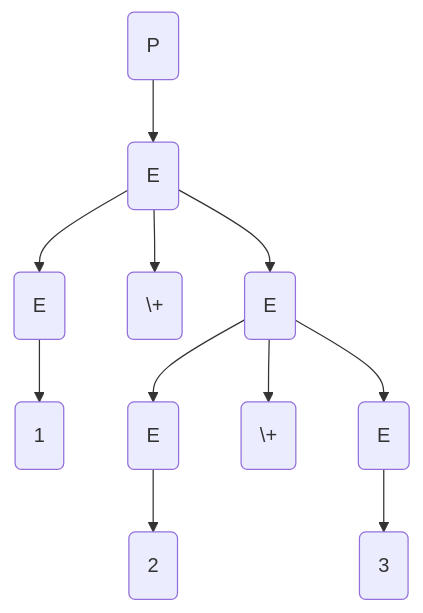
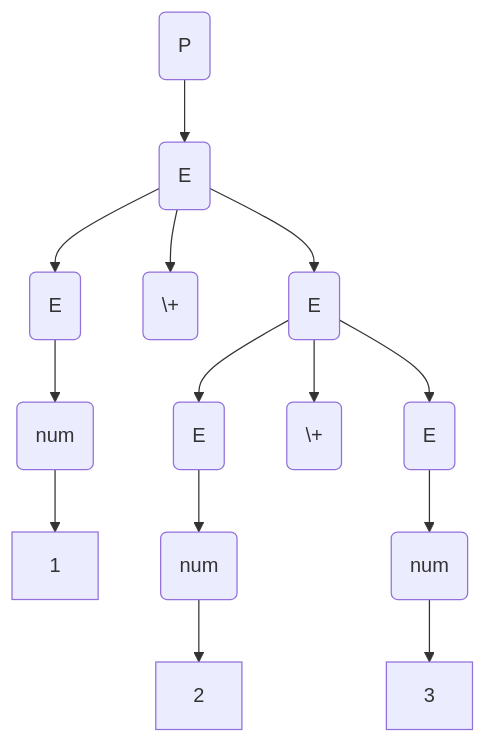
The second of 3 diagrams in README.md (Mirror83/recursive_descent_calculator), drawn with Mermaid before and after one commit. The commit also changed other lines of this file, not shown here.

````diff
--- a/README.md
+++ b/README.md
@@ -83,13 +86,16 @@
 ```mermaid
 flowchart TD
     A(P) --> B(E)
     B --> C(E)
     B --> D(\+)
     B --> F(E)
-    C --> G(1)
+    C --> G(num)
     F --> H(E)
     F --> I(\+)
     F --> J(E)
-    H --> K(2)
-    J --> L(3)
+    G --> K[1]
+    H --> L(num)
+    J --> M(num)
+    L --> N[2]
+    M --> O[3]
 ```
````
